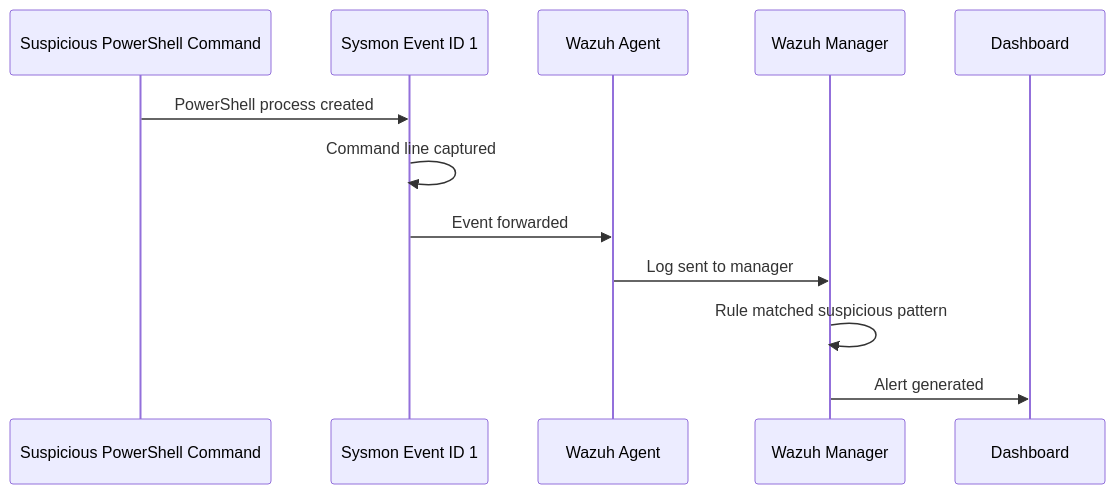
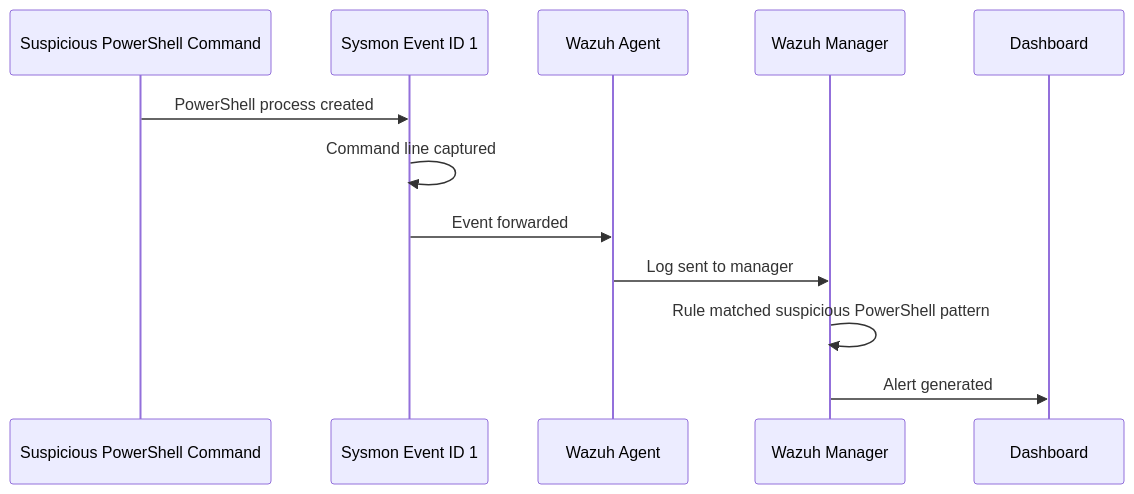
Before and after one commit to Jazz00001/enterprise-soc-lab-wazuh-mitre-detection: the third of 9 diagrams in README.md, drawn with Mermaid. The commit also changed other lines of this file, not shown here.

````diff
--- a/README.md
+++ b/README.md
@@ -280,15 +270,15 @@
 ```mermaid
 sequenceDiagram
     participant User as Suspicious PowerShell Command
     participant Sysmon as Sysmon Event ID 1
     participant Agent as Wazuh Agent
     participant Wazuh as Wazuh Manager
     participant Dash as Dashboard
 
     User->>Sysmon: PowerShell process created
     Sysmon->>Sysmon: Command line captured
     Sysmon->>Agent: Event forwarded
     Agent->>Wazuh: Log sent to manager
-    Wazuh->>Wazuh: Rule matched suspicious pattern
+    Wazuh->>Wazuh: Rule matched suspicious PowerShell pattern
     Wazuh->>Dash: Alert generated
 ```
````
